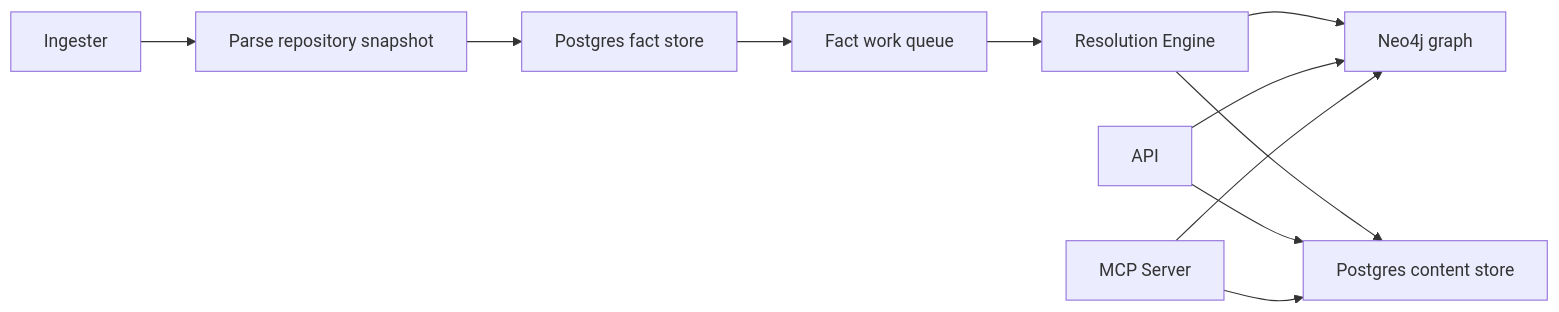
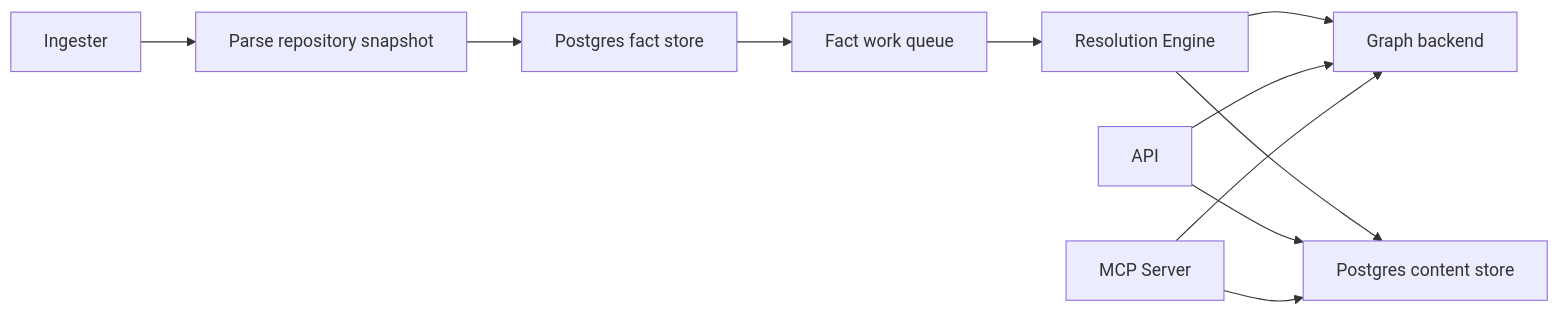
One commit to platformcontext/platform-context-graph changed the diagram in docs/docs/deployment/overview.md. Above: the diagram before and after it, drawn with Mermaid. The commit also changed 153 other files, not shown here.

````diff
--- a/docs/docs/deployment/overview.md
+++ b/docs/docs/deployment/overview.md
@@ -30,13 +30,13 @@
 ```mermaid
 flowchart LR
   A["Ingester"] --> B["Parse repository snapshot"]
   B --> C["Postgres fact store"]
   C --> D["Fact work queue"]
   D --> E["Resolution Engine"]
-  E --> F["Neo4j graph"]
+  E --> F["Graph backend"]
   E --> G["Postgres content store"]
   H["API"] --> F
   H --> G
   I["MCP Server"] --> F
   I --> G
 ```
````
